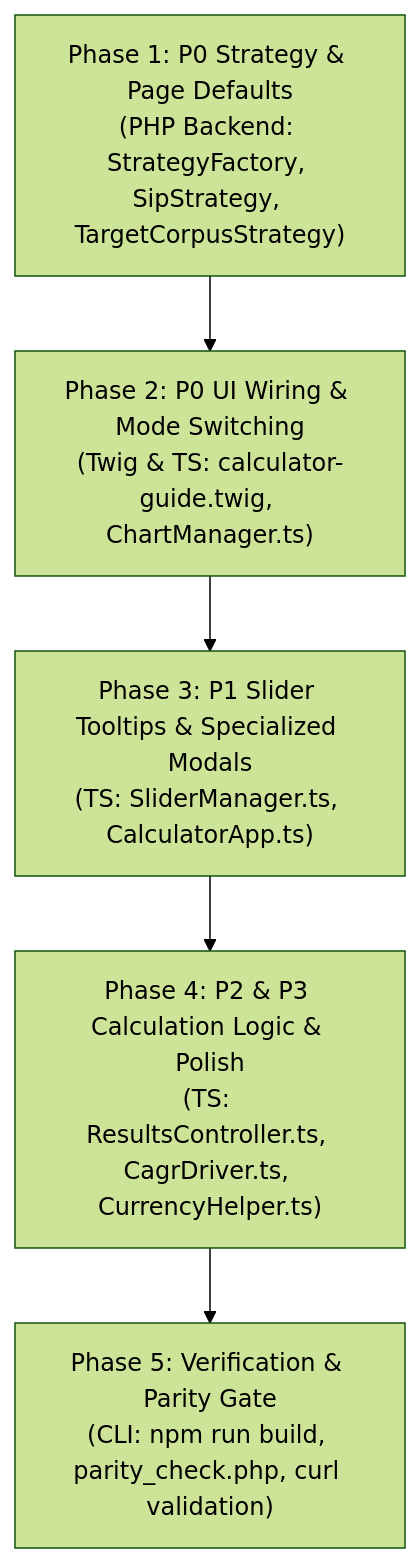
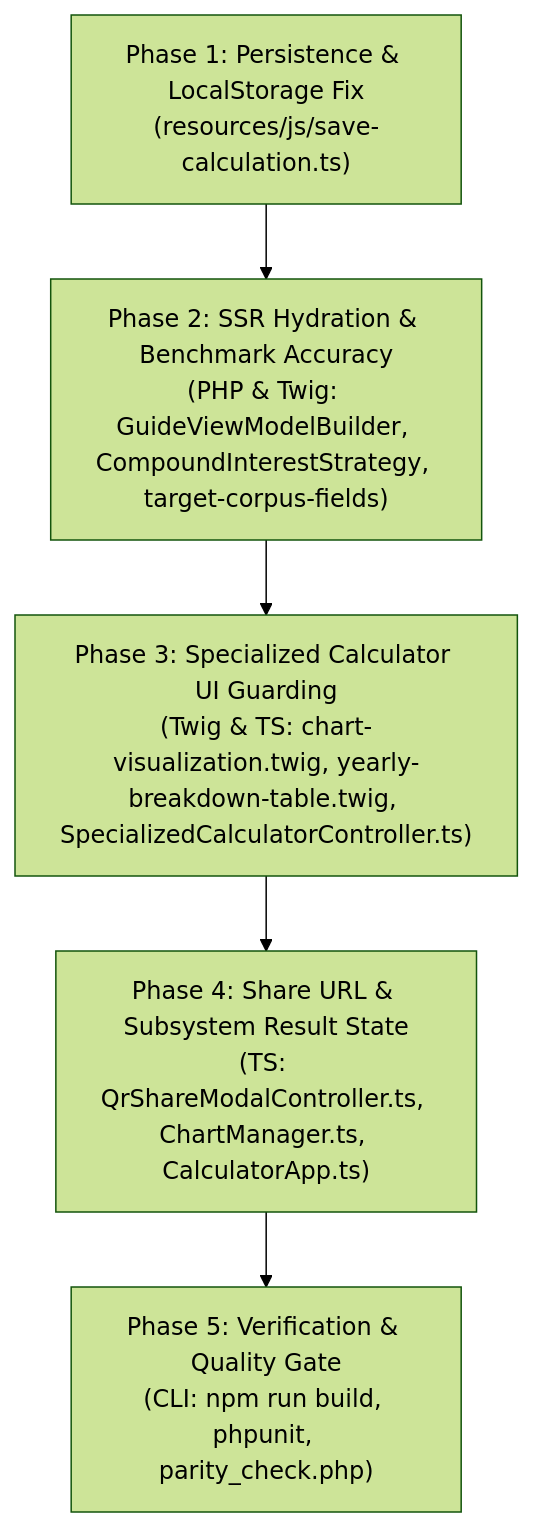
One commit to sumeet5090/sipswpcalculator changed the diagram in implementation_plan.md. Above: the diagram before and after it, drawn with Mermaid (forest theme). The commit also changed other lines of this file and 12 other files, not shown here.

Commit message:
fix: resolve UI hydration, specialized calculator export triggers, and save plan inputs

````diff
--- a/implementation_plan.md
+++ b/implementation_plan.md
@@ -15,7 +13,7 @@
 ```mermaid
 flowchart TD
-    P1["Phase 1: P0 Strategy & Page Defaults\n(PHP Backend: StrategyFactory, SipStrategy, TargetCorpusStrategy)"] --> P2["Phase 2: P0 UI Wiring & Mode Switching\n(Twig & TS: calculator-guide.twig, ChartManager.ts)"]
-    P2 --> P3["Phase 3: P1 Slider Tooltips & Specialized Modals\n(TS: SliderManager.ts, CalculatorApp.ts)"]
-    P3 --> P4["Phase 4: P2 & P3 Calculation Logic & Polish\n(TS: ResultsController.ts, CagrDriver.ts, CurrencyHelper.ts)"]
-    P4 --> P5["Phase 5: Verification & Parity Gate\n(CLI: npm run build, parity_check.php, curl validation)"]
+    P1["Phase 1: Persistence & LocalStorage Fix\n(resources/js/save-calculation.ts)"] --> P2["Phase 2: SSR Hydration & Benchmark Accuracy\n(PHP & Twig: GuideViewModelBuilder, CompoundInterestStrategy, target-corpus-fields)"]
+    P2 --> P3["Phase 3: Specialized Calculator UI Guarding\n(Twig & TS: chart-visualization.twig, yearly-breakdown-table.twig, SpecializedCalculatorController.ts)"]
+    P3 --> P4["Phase 4: Share URL & Subsystem Result State\n(TS: QrShareModalController.ts, ChartManager.ts, CalculatorApp.ts)"]
+    P4 --> P5["Phase 5: Verification & Quality Gate\n(CLI: npm run build, phpunit, parity_check.php)"]
 ```
````
